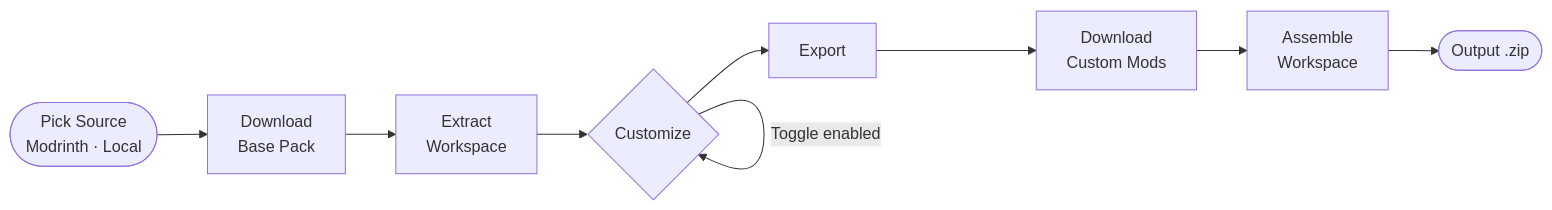
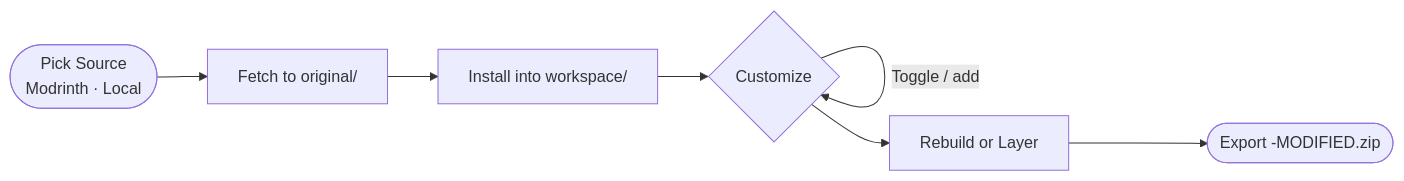
Before and after one commit to vasubawa/packweaver: the diagram in README.md, drawn with Mermaid. The commit also changed other lines of this file and 14 other files, not shown here.

First line of the commit message:
feat: disposable workspace install with rebuild/layer/export

````diff
--- a/README.md
+++ b/README.md
@@ -23,12 +24,9 @@
 ```mermaid
 flowchart LR
-    A([Pick Source\nModrinth · Local]) --> B[Download\nBase Pack]
-    B --> C[Extract\nWorkspace]
+    A([Pick Source\nModrinth · Local]) --> B[Fetch to original/]
+    B --> C[Install into workspace/]
     C --> D{Customize}
-    D -->|Add mod| D
-    D -->|Toggle enabled| D
-    D --> E[Export]
-    E --> F[Download\nCustom Mods]
-    F --> G[Assemble\nWorkspace]
-    G --> H([Output .zip])
+    D -->|Toggle / add| D
+    D --> E[Rebuild or Layer]
+    E --> F([Export -MODIFIED.zip])
 ```
````
